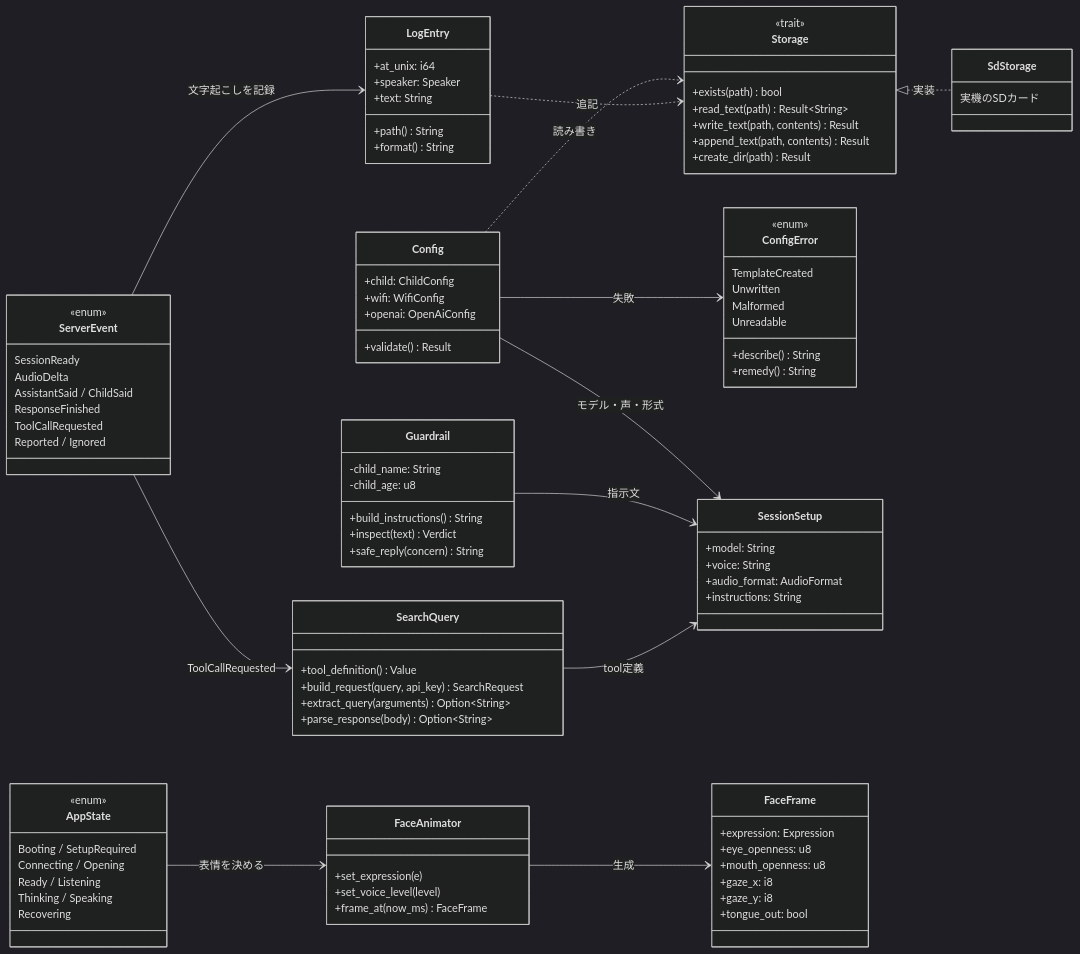
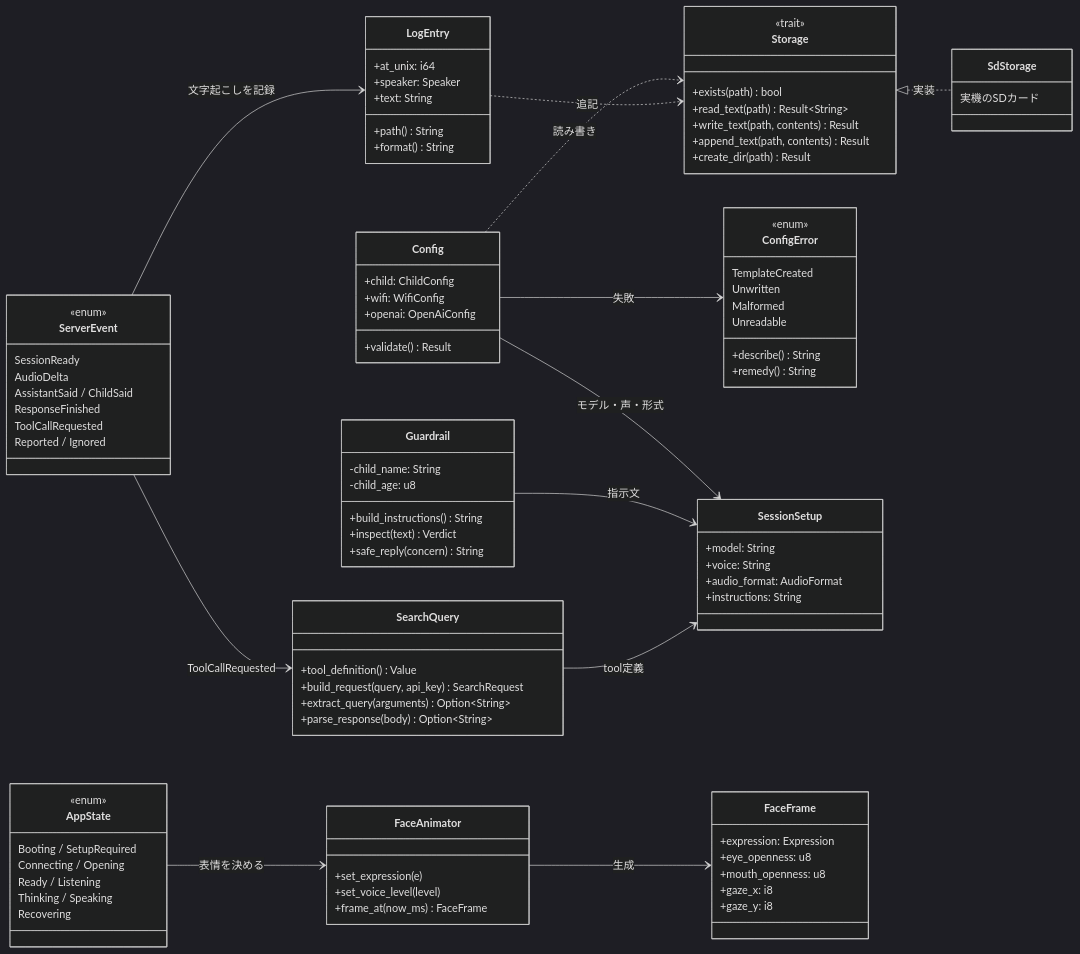
One commit to kibou-vision/m5a changed the second of 2 diagrams in docs/design/architecture.md. Above: the diagram before and after it, drawn with Mermaid (dark theme). The commit also changed 4 other files, not shown here.

```diff
--- a/docs/design/architecture.md
+++ b/docs/design/architecture.md
@@ -112,7 +112,6 @@
     +mouth_openness: u8
     +gaze_x: i8
     +gaze_y: i8
-    +tongue_out: bool
   }
 
   class LogEntry {
```
